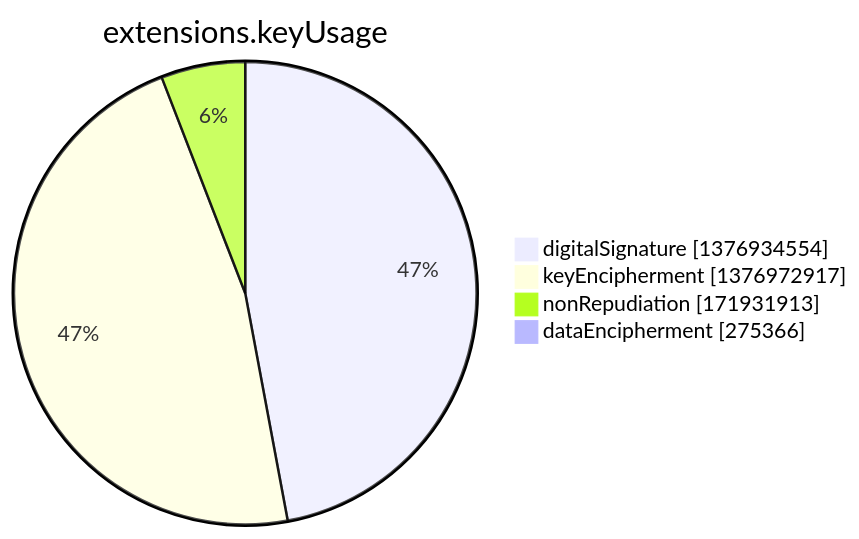
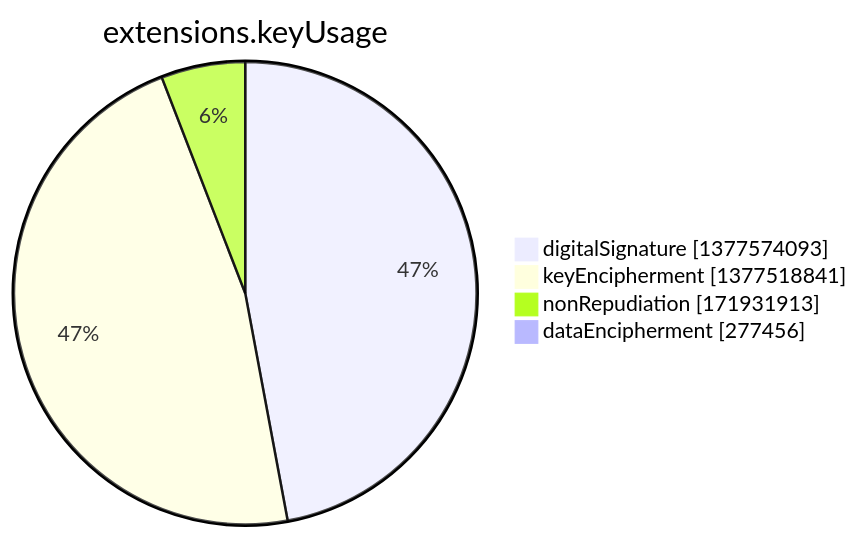
The seventh of 15 diagrams in argon2022/README.md (christiankrug/ctmonitor_visualization), drawn with Mermaid before and after one commit. The commit also changed other lines of this file, not shown here.

````diff
--- a/argon2022/README.md
+++ b/argon2022/README.md
@@ -2751,8 +2751,8 @@
 ```mermaid
 pie showData
 title extensions.keyUsage
-"digitalSignature" :1376934554
-"keyEncipherment" :1376972917
+"digitalSignature" :1377574093
+"keyEncipherment" :1377518841
 "nonRepudiation" :171931913
-"dataEncipherment" :275366
+"dataEncipherment" :277456
 ```
````
